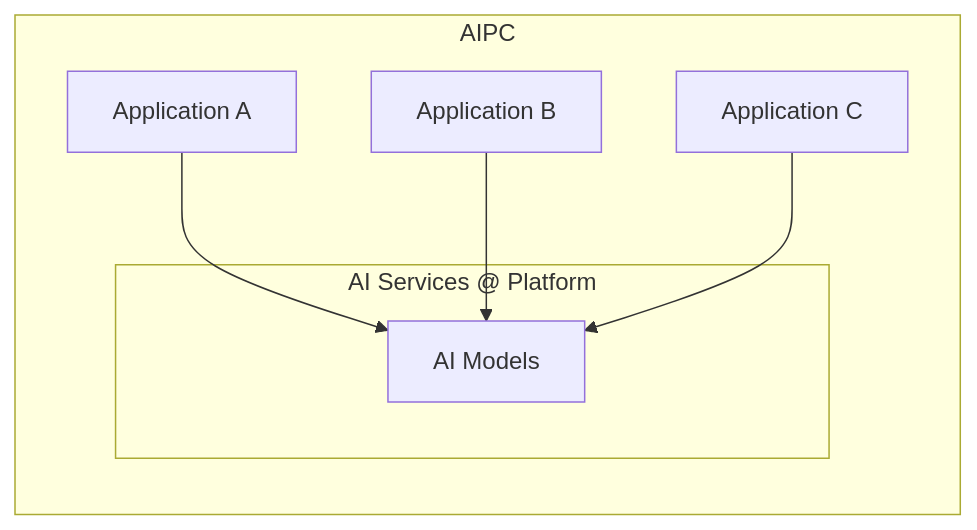
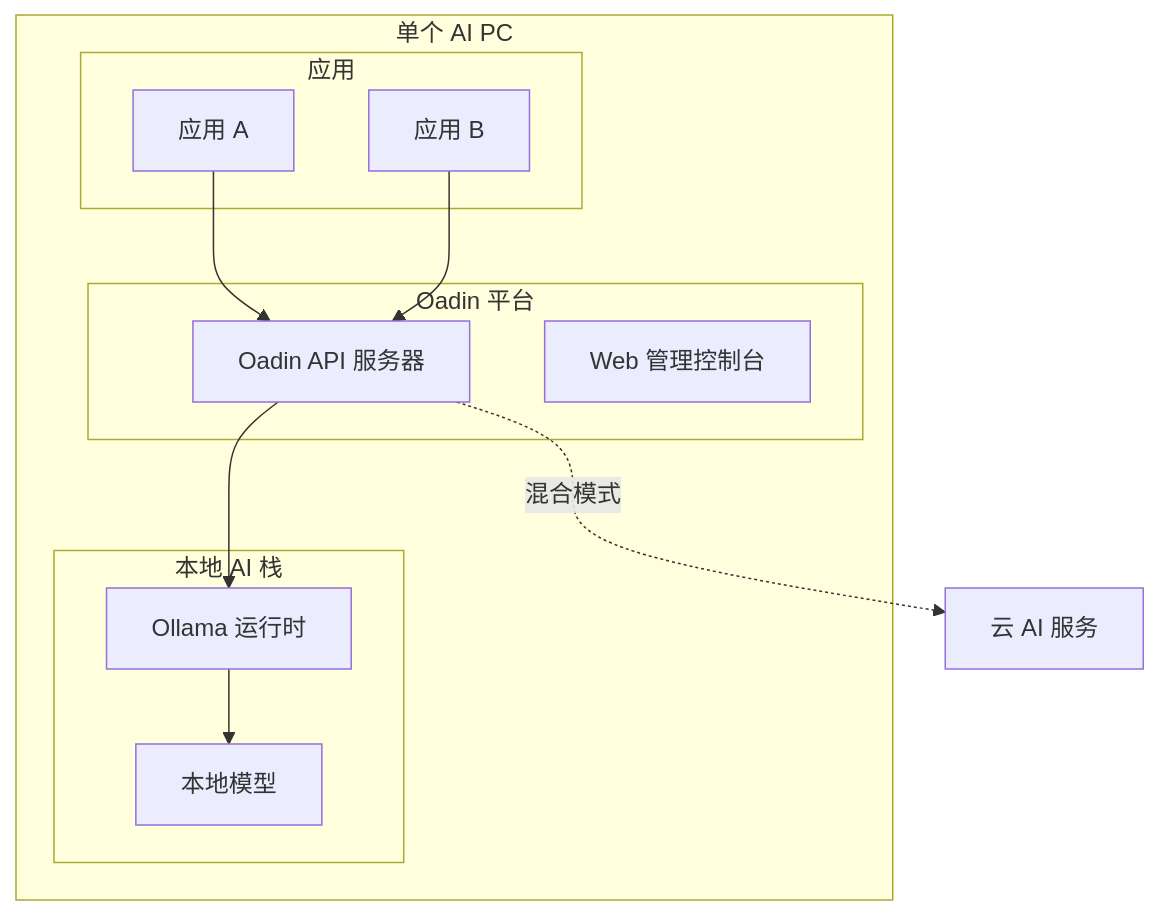
Before and after one commit to DigitalChinaOpenSource/oadin-docs: the fifth of 6 diagrams in docs/architecture.md, drawn with Mermaid. The commit also changed other lines of this file and 5 other files, not shown here.

````diff
--- a/docs/architecture.md
+++ b/docs/architecture.md
@@ -45,16 +259,26 @@
 ```mermaid
-graph TD
-  subgraph AIPC
-    direction TB
-    AppA["Application A"]
-    AppB["Application B"]
-    AppC["Application C"]
-    subgraph AIServices ["AI Services @ Platform"]
-      AIModels["AI Models"]
+graph TB
+    subgraph "单个 AI PC"
+        subgraph "应用"
+            App1["应用 A"]
+            App2["应用 B"]
+        end
+        
+        subgraph "Oadin 平台"
+            OadinAPI["Oadin API 服务器"]
+            WebConsole["Web 管理控制台"]
+        end
+        
+        subgraph "本地 AI 栈"
+            Ollama["Ollama 运行时"]
+            Models["本地模型"]
+        end
+        
+        App1 --> OadinAPI
+        App2 --> OadinAPI
+        OadinAPI --> Ollama
+        Ollama --> Models
     end
-
-    AppA --> AIModels
-    AppB --> AIModels
-    AppC --> AIModels
-  end
+    
+    OadinAPI -.->|"混合模式"| CloudAPI["云 AI 服务"]
 ```
````
